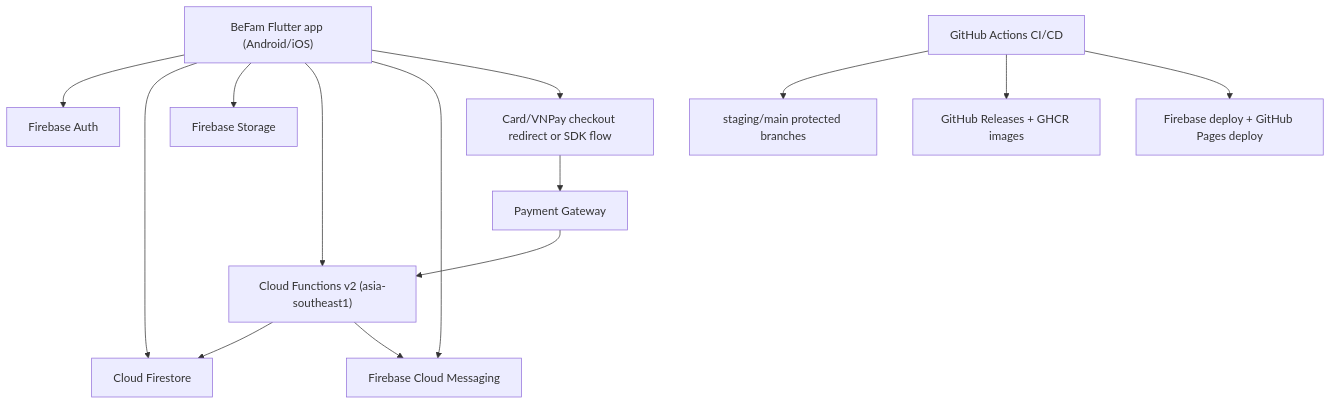
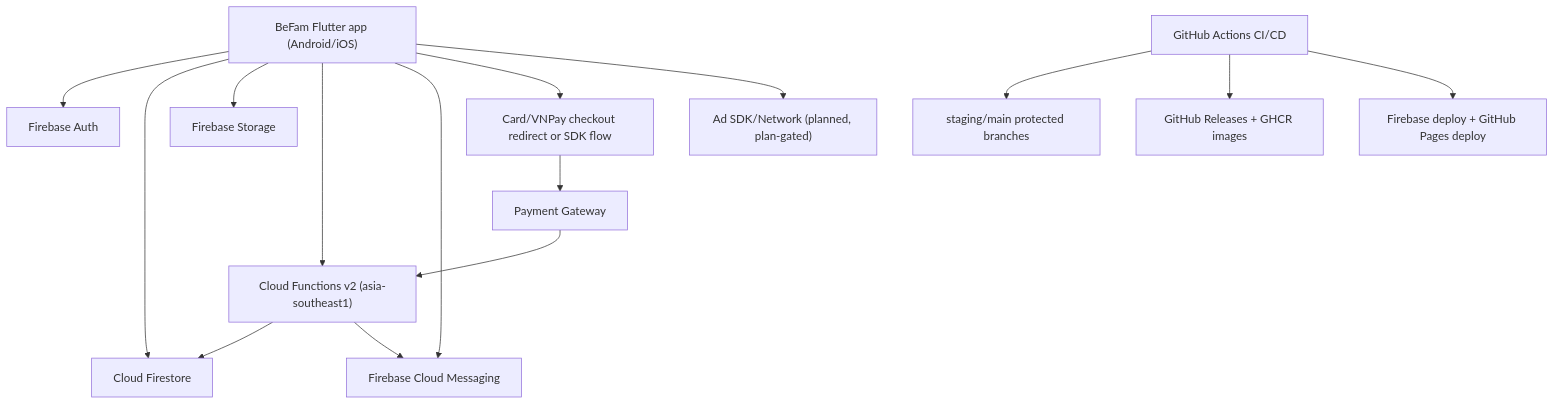
Before and after one commit to phamhungptithcm/gia-pha: the diagram in docs/02-architecture/system-design.md, drawn with Mermaid. The commit also changed other lines of this file and 13 other files, not shown here.

````diff
--- a/docs/02-architecture/system-design.md
+++ b/docs/02-architecture/system-design.md
@@ -7,16 +7,17 @@
 ```mermaid
 flowchart TD
     A["BeFam Flutter app (Android/iOS)"] --> B["Firebase Auth"]
     A --> C["Cloud Firestore"]
     A --> D["Firebase Storage"]
     A --> E["Cloud Functions v2 (asia-southeast1)"]
     A --> F["Firebase Cloud Messaging"]
     A --> K["Card/VNPay checkout redirect or SDK flow"]
+    A --> M["Ad SDK/Network (planned, plan-gated)"]
     E --> C
     E --> F
     K --> L["Payment Gateway"]
     L --> E
     G["GitHub Actions CI/CD"] --> H["staging/main protected branches"]
     G --> I["GitHub Releases + GHCR images"]
     G --> J["Firebase deploy + GitHub Pages deploy"]
 ```
````
